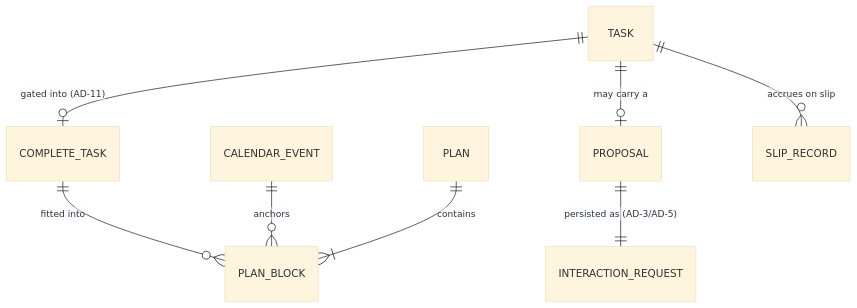
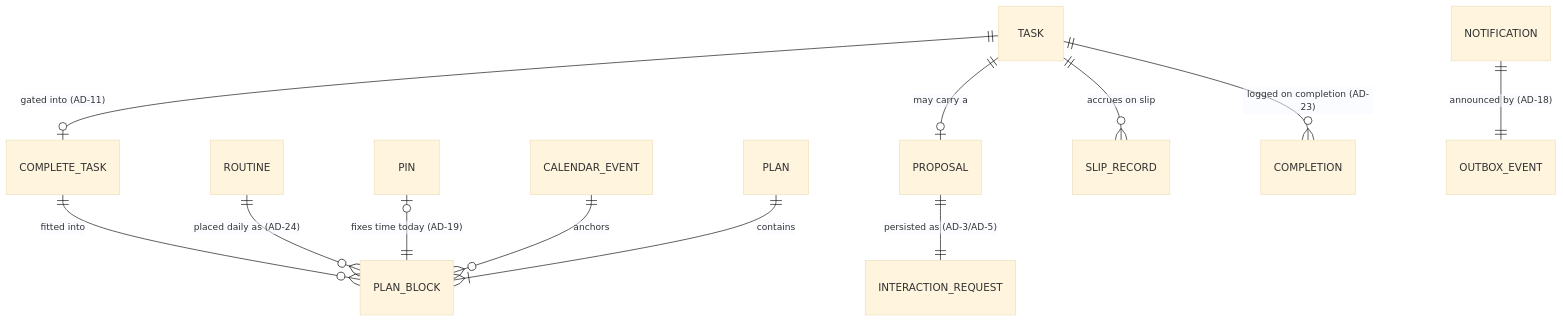
Before and after one commit to Speezy88/YohV1: the second of 3 diagrams in _bmad-output/planning-artifacts/architecture/architecture-YohV1-2026-08-22/ARCHITECTURE-SPINE.md, drawn with Mermaid (base theme). The commit also changed other lines of this file and 7 other files, not shown here.

First line of the commit message:
chore: Phase 2 architecture spine, Epics 7-12, and sprint planning

````diff
--- a/_bmad-output/planning-artifacts/architecture/architecture-YohV1-2026-08-22/ARCHITECTURE-SPINE.md
+++ b/_bmad-output/planning-artifacts/architecture/architecture-YohV1-2026-08-22/ARCHITECTURE-SPINE.md
@@ -231,10 +368,14 @@
 ```mermaid
 erDiagram
     TASK ||--o| COMPLETE_TASK : "gated into (AD-11)"
     COMPLETE_TASK ||--o{ PLAN_BLOCK : "fitted into"
+    ROUTINE ||--o{ PLAN_BLOCK : "placed daily as (AD-24)"
+    PIN |o--|| PLAN_BLOCK : "fixes time today (AD-19)"
     CALENDAR_EVENT ||--o{ PLAN_BLOCK : "anchors"
     PLAN ||--|{ PLAN_BLOCK : contains
     TASK ||--o| PROPOSAL : "may carry a"
     TASK ||--o{ SLIP_RECORD : "accrues on slip"
+    TASK ||--o{ COMPLETION : "logged on completion (AD-23)"
     PROPOSAL ||--|| INTERACTION_REQUEST : "persisted as (AD-3/AD-5)"
+    NOTIFICATION ||--|| OUTBOX_EVENT : "announced by (AD-18)"
 ```
````
